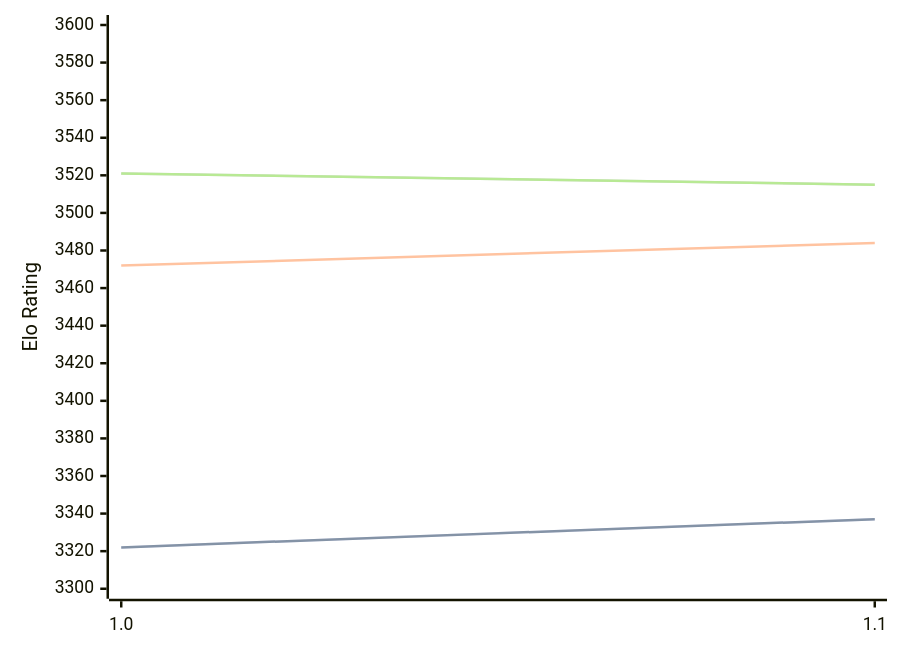
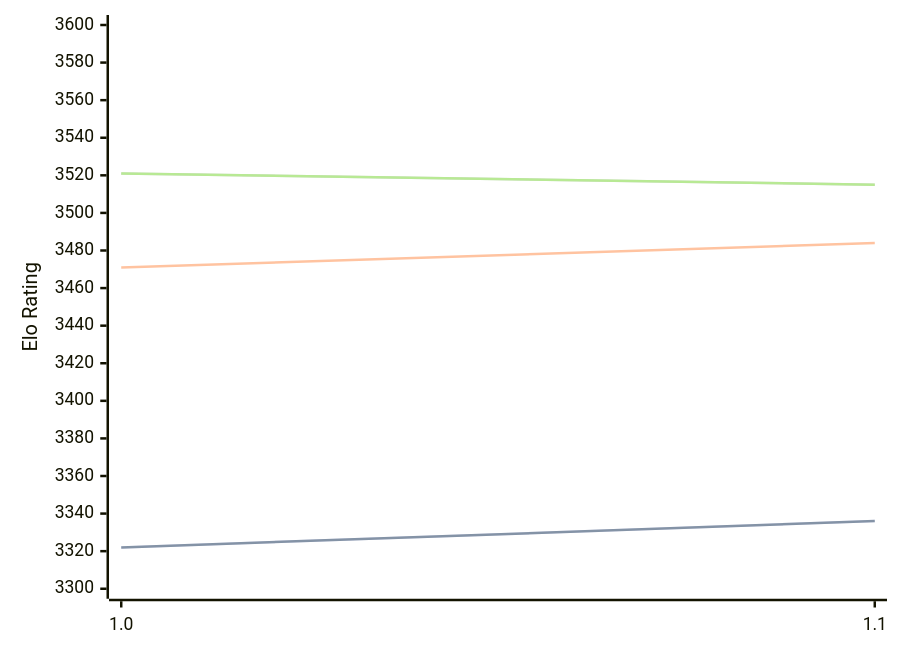
The third of 3 diagrams in engines/Horsie.md (computer-chess-index/cci), drawn with Mermaid before and after one commit. The commit also changed other lines of this file, not shown here.

````diff
--- a/engines/Horsie.md
+++ b/engines/Horsie.md
@@ -65,11 +65,11 @@
 ```mermaid
 %%{init: {"theme":"base","themeVariables":{"seriesColors:['#a3a3a3','#222221','#faa371']}}}%%
 xychart-beta
   x-axis ["1.0", "1.1"]
   y-axis "Elo Rating" 3300 --> 3600
-  line "STC (8.0+0.08s)" [3322, 3337]
-  line "STC (8.0+0.08s)" [3322, 3337]
-  line "LTC (60.0+0.60s)" [3472, 3484]
+  line "STC (8.0+0.08s)" [3322, 3336]
+  line "STC (8.0+0.08s)" [3322, 3336]
+  line "LTC (60.0+0.60s)" [3471, 3484]
   line "VLTC (2m24s+1.12s)" [3521, 3515]
   line "VLTC (2m24s+1.12s)" [3521, 3515]
 ```
````
